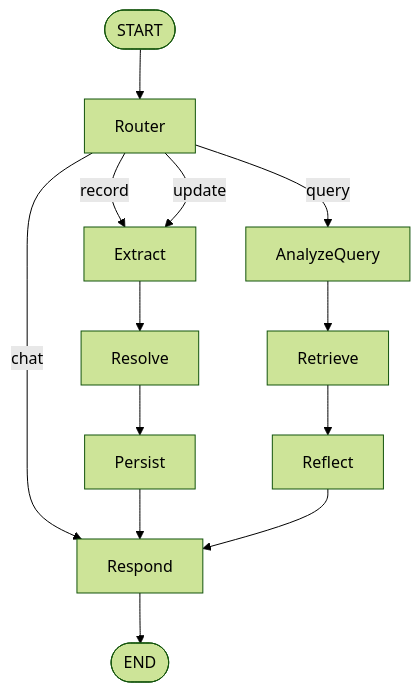
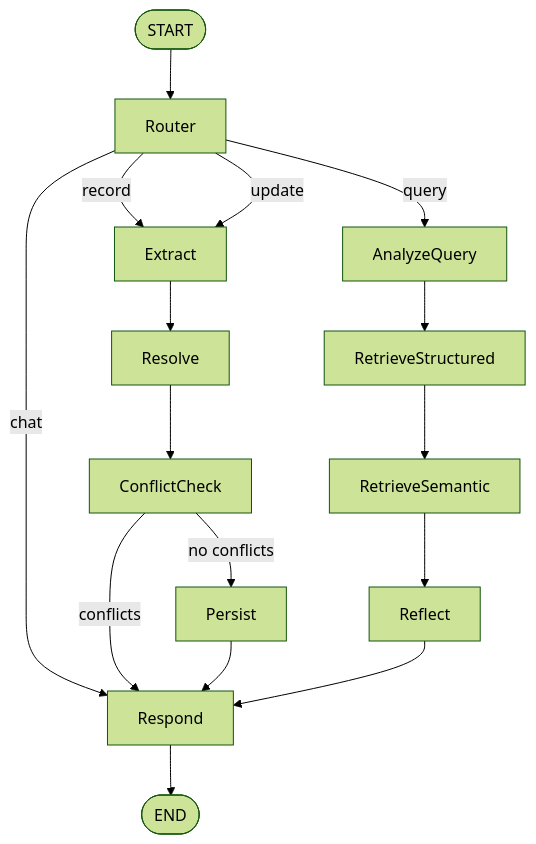
One commit to rpurser47/game_notebook changed the third of 4 diagrams in docs/design.md. Above: the diagram before and after it, drawn with Mermaid (forest theme). The commit also changed other lines of this file and 12 other files, not shown here.

````diff
--- a/docs/design.md
+++ b/docs/design.md
@@ -163,20 +287,23 @@
 ```mermaid
 flowchart TD
     START([START]) --> Router
 
     Router -->|record| Extract
     Router -->|query| AnalyzeQuery
     Router -->|update| Extract
     Router -->|chat| Respond
 
     Extract --> Resolve
-    Resolve --> Persist
+    Resolve --> ConflictCheck
+    ConflictCheck -->|no conflicts| Persist
+    ConflictCheck -->|conflicts| Respond
 
-    AnalyzeQuery --> Retrieve
-    Retrieve --> Reflect
+    AnalyzeQuery --> RetrieveStructured
+    RetrieveStructured --> RetrieveSemantic
+    RetrieveSemantic --> Reflect
 
     Persist --> Respond
     Reflect --> Respond
 
     Respond --> END([END])
 ```
````
